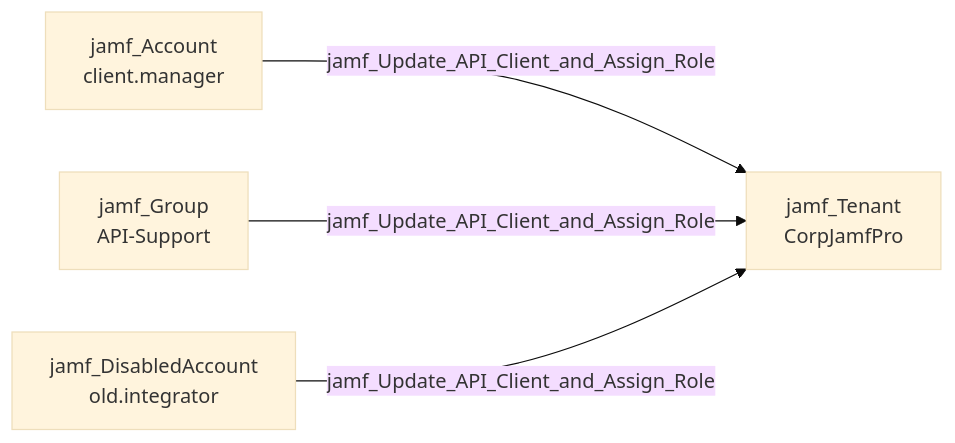
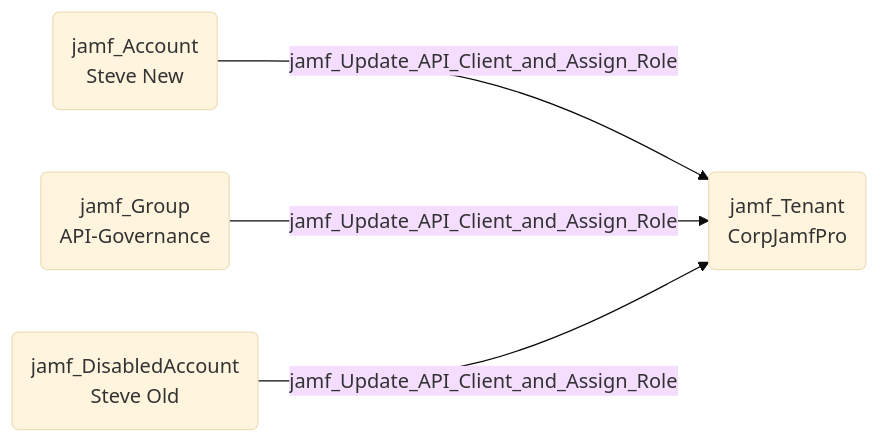
One commit to SpecterOps/bloodhound-docs changed the diagram in docs/opengraph/extensions/jamfhound/reference/edges/jamf_update_api_client_and_assign_role.mdx. Above: the diagram before and after it, drawn with Mermaid (base theme). The commit also changed 33 other files, not shown here.

Commit message:
Updated documentation with revised mermaid diagrams

````diff
--- a/docs/opengraph/extensions/jamfhound/reference/edges/jamf_update_api_client_and_assign_role.mdx
+++ b/docs/opengraph/extensions/jamfhound/reference/edges/jamf_update_api_client_and_assign_role.mdx
@@ -18,6 +18,14 @@
 ```mermaid
 graph LR
-    A["jamf_Account\nclient.manager"] -->|jamf_Update_API_Client_and_Assign_Role| B["jamf_Tenant\nCorpJamfPro"]
-    C["jamf_Group\nAPI-Support"] -->|jamf_Update_API_Client_and_Assign_Role| B
-    D["jamf_DisabledAccount\nold.integrator"] -->|jamf_Update_API_Client_and_Assign_Role| B
+    A("jamf_Account
+Steve New")
+    B("jamf_Tenant
+CorpJamfPro")
+    C("jamf_Group
+API-Governance")
+    D("jamf_DisabledAccount
+Steve Old")
+    A -- jamf_Update_API_Client_and_Assign_Role --> B
+    C -- jamf_Update_API_Client_and_Assign_Role --> B
+    D -- jamf_Update_API_Client_and_Assign_Role --> B
 ```
````
